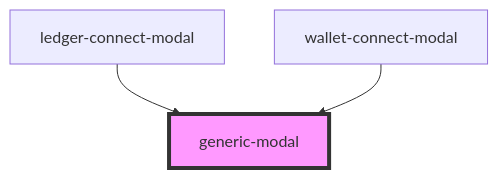
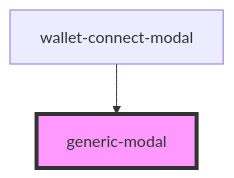
One commit to multiversx/mx-sdk-dapp-ui changed the diagram in src/common/generic-modal/readme.md. Above: the diagram before and after it, drawn with Mermaid. The commit also changed other lines of this file and 31 other files, not shown here.

````diff
--- a/src/common/generic-modal/readme.md
+++ b/src/common/generic-modal/readme.md
@@ -32,6 +31,5 @@
 ```mermaid
 graph TD;
-  ledger-connect-modal --> generic-modal
   wallet-connect-modal --> generic-modal
   style generic-modal fill:#f9f,stroke:#333,stroke-width:4px
 ```
````
